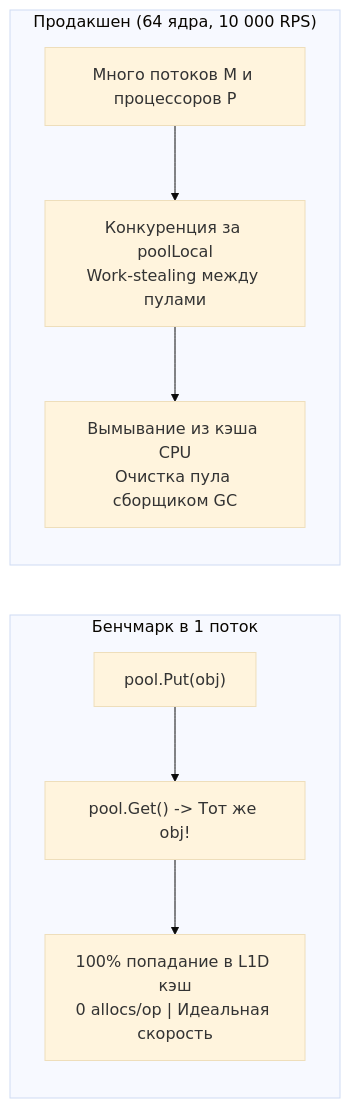
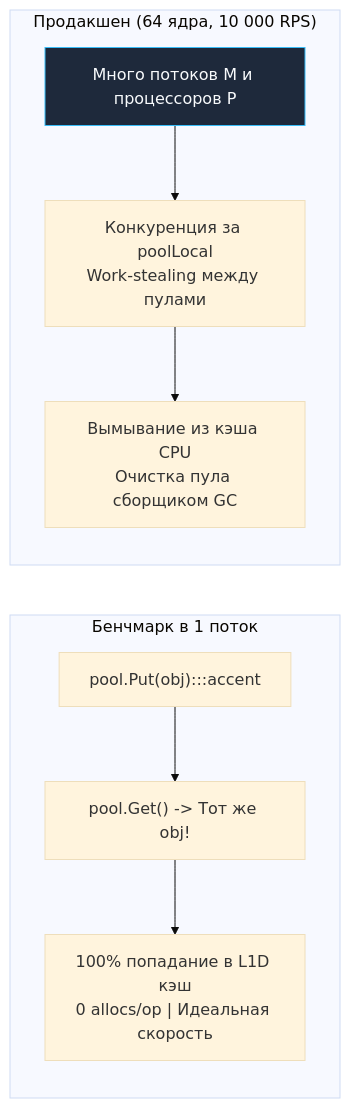
One commit to UnrealTemplier/go-textbook changed the second of 2 diagrams in sources/16. Профилирование, отладка и производительность/02. Benchmarking/4. Подводные камни benchmark тестов.md. Above: the diagram before and after it, drawn with Mermaid (base theme). The commit also changed other lines of this file and 1666 other files, not shown here.

First line of the commit message:
feat(mermaid): add semantic color classDef to 1369 colorless flowchart/graph diagrams

````diff
--- a/sources/16. Профилирование, отладка и производительность/02. Benchmarking/4. Подводные камни benchmark тестов.md
+++ b/sources/16. Профилирование, отладка и производительность/02. Benchmarking/4. Подводные камни benchmark тестов.md
@@ -205,12 +215,22 @@
 ```mermaid
 flowchart LR
+    classDef process  fill:#1e293b,stroke:#38bdf8,stroke-width:1px,color:#f8fafc
+    classDef success  fill:#064e3b,stroke:#34d399,stroke-width:1px,color:#f8fafc
+    classDef error    fill:#7f1d1d,stroke:#f87171,stroke-width:1px,color:#f8fafc
+    classDef warning  fill:#78350f,stroke:#fbbf24,stroke-width:1px,color:#f8fafc
+    classDef entry    fill:#1e3a5f,stroke:#38bdf8,stroke-width:2px,color:#f8fafc
+    classDef aux      fill:#334155,stroke:#64748b,stroke-width:1px,color:#f8fafc
+    classDef system   fill:#312e81,stroke:#a78bfa,stroke-width:1px,color:#f8fafc
+    classDef data     fill:#132d29,stroke:#2dd4bf,stroke-width:1px,color:#f8fafc
+    classDef network  fill:#881337,stroke:#fb7185,stroke-width:1px,color:#f8fafc
+    classDef accent   fill:#1e1b4b,stroke:#818cf8,stroke-width:1px,color:#f8fafc
     subgraph BenchmarkLoop["Бенчмарк в 1 поток"]
-        Put1["pool.Put(obj)"] --> Get1["pool.Get() -> Тот же obj!"]
+        Put1["pool.Put(obj):::accent"] --> Get1["pool.Get() -> Тот же obj!"]
         Get1 --> Hit["100% попадание в L1D кэш<br>0 allocs/op | Идеальная скорость"]
     end
 
     subgraph ProductionReality["Продакшен (64 ядра, 10 000 RPS)"]
-        ManyP["Много потоков M и процессоров P"] --> Contention["Конкуренция за poolLocal<br>Work-stealing между пулами"]
+        ManyP["Много потоков M и процессоров P"]:::process --> Contention["Конкуренция за poolLocal<br>Work-stealing между пулами"]
         Contention --> Miss["Вымывание из кэша CPU<br>Очистка пула сборщиком GC"]
     end
 ```
````
